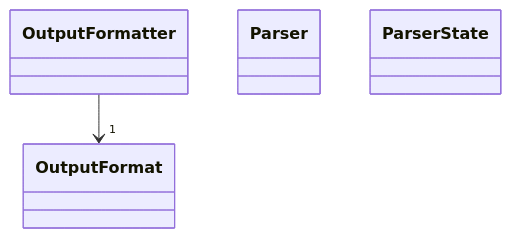
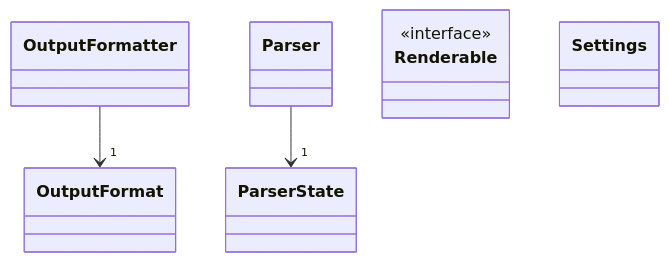
The diagram in README.md (oliverklee/mermaid-test), drawn with Mermaid before and after one commit.

````diff
--- a/README.md
+++ b/README.md
@@ -5,15 +5,24 @@
 ```mermaid
 classDiagram
     class OutputFormat {
     }
    
     class OutputFormatter {
     }
     
     OutputFormatter --> "1" OutputFormat
     class Parser {
     }
     
     class ParserState {
     }
+
+   Parser --> "1" ParserState
+    
+    class Renderable {
+    }
+    <<interface>> Renderable
+    
+    class Settings {
+    }
 ```
````
